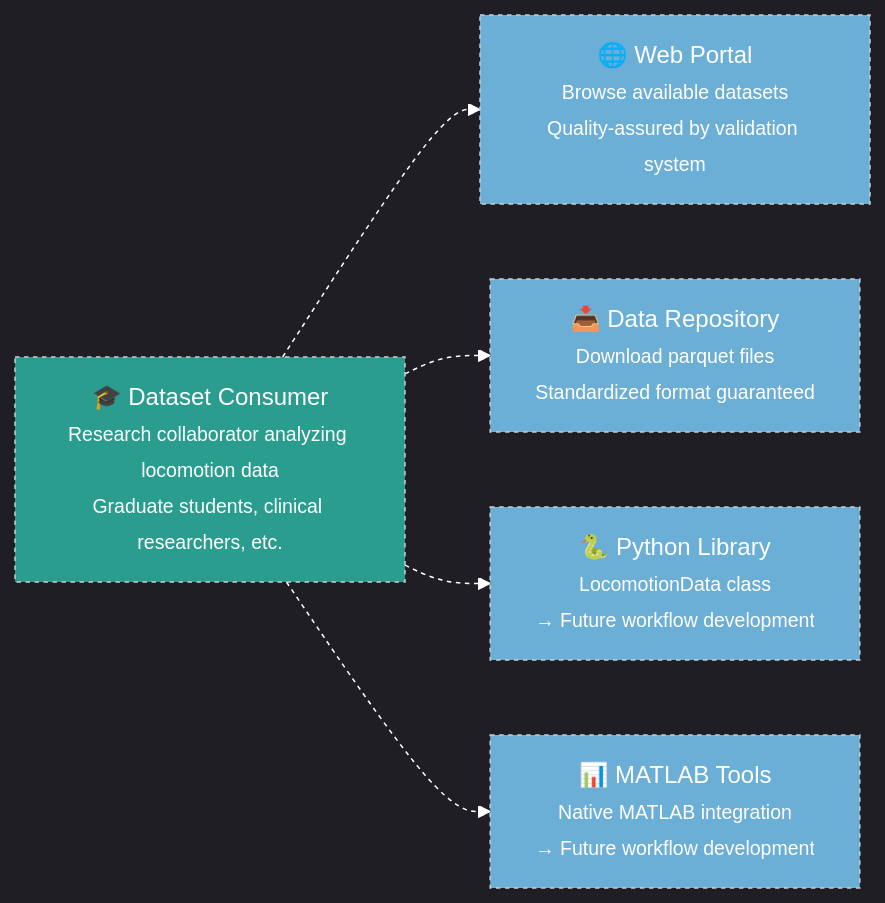
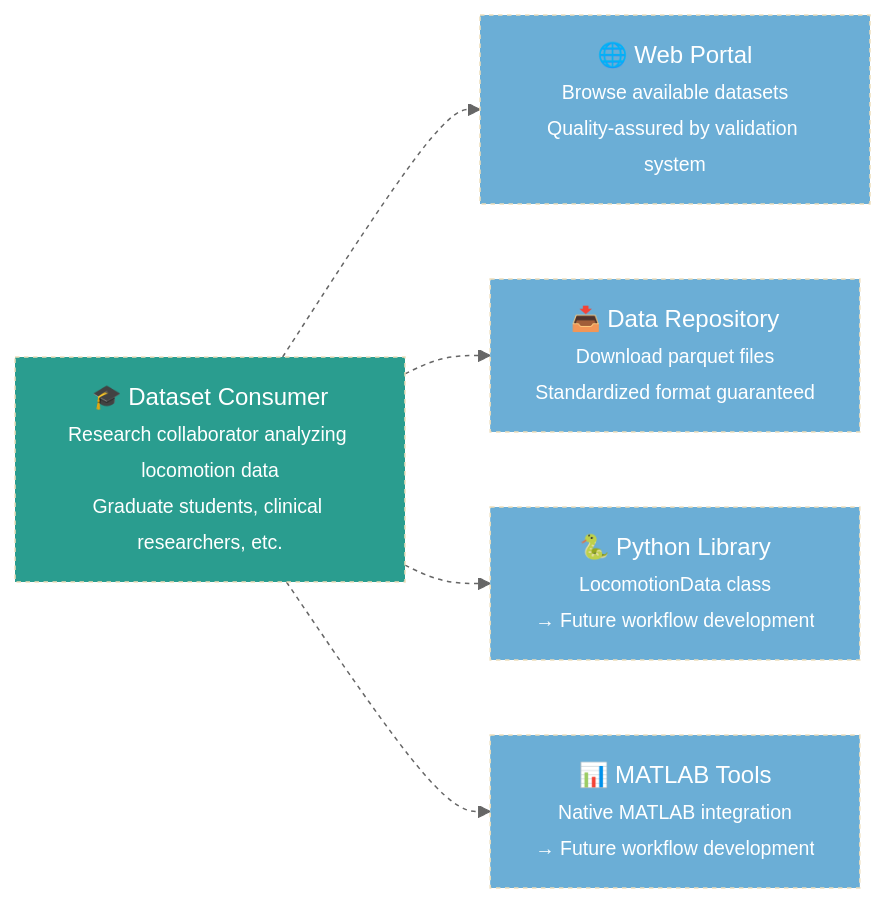
The fourth of 7 diagrams in docs/maintainers/11_c4_context.md (jmontp/LocoHub), drawn with Mermaid before and after one commit. The commit also changed other lines of this file and 4 other files, not shown here.

First line of the commit message:
Fix C4 diagram styling for theme compatibility

````diff
--- a/docs/maintainers/11_c4_context.md
+++ b/docs/maintainers/11_c4_context.md
@@ -131,18 +131,18 @@
 ```mermaid
-%%{init: {'theme': 'dark'}}%%
+%%{init: {'theme': 'base'}}%%
 graph LR
     DC["🎓 Dataset Consumer<br/><font size='-1'>Research collaborator analyzing locomotion data<br/>Graduate students, clinical researchers, etc.</font>"]
     
     DC --> BROWSE["🌐 Web Portal<br/><font size='-1'>Browse available datasets<br/>Quality-assured by validation system</font>"]
     DC --> DOWNLOAD["📥 Data Repository<br/><font size='-1'>Download parquet files<br/>Standardized format guaranteed</font>"]
     DC --> PYTHON["🐍 Python Library<br/><font size='-1'>LocomotionData class<br/>→ Future workflow development</font>"]
     DC --> MATLAB["📊 MATLAB Tools<br/><font size='-1'>Native MATLAB integration<br/>→ Future workflow development</font>"]
     
     style DC fill:#2a9d8f,color:white,stroke-dasharray:3
     style BROWSE fill:#6baed6,color:white,stroke-dasharray:3
     style DOWNLOAD fill:#6baed6,color:white,stroke-dasharray:3
     style PYTHON fill:#6baed6,color:white,stroke-dasharray:3
     style MATLAB fill:#6baed6,color:white,stroke-dasharray:3
     
-    linkStyle default stroke:white,stroke-dasharray:3
+    linkStyle default stroke:#666,stroke-dasharray:3
 ```
````
